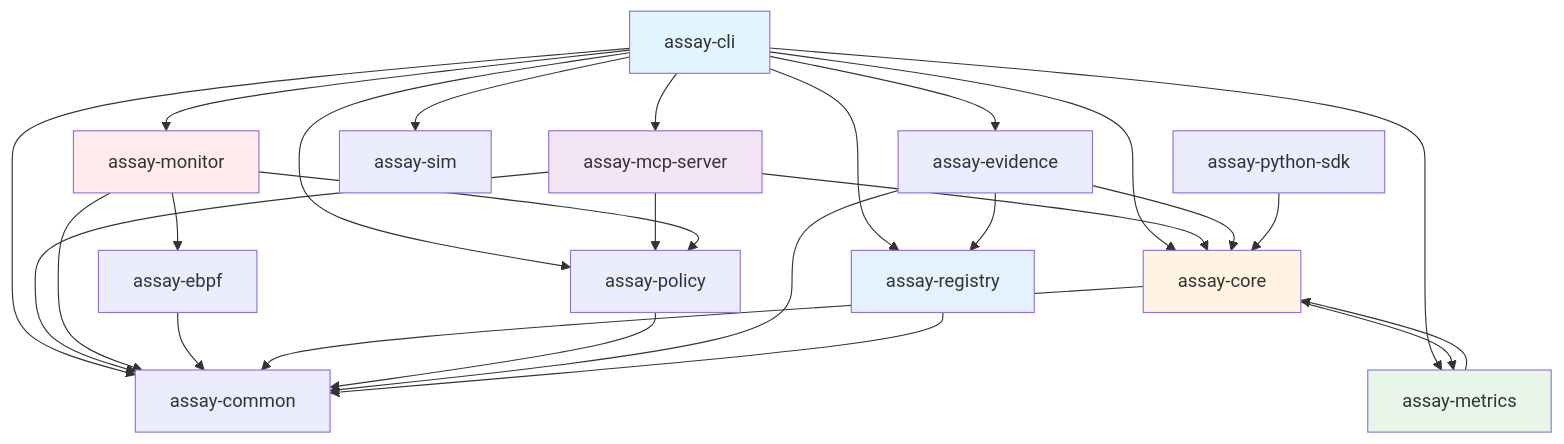
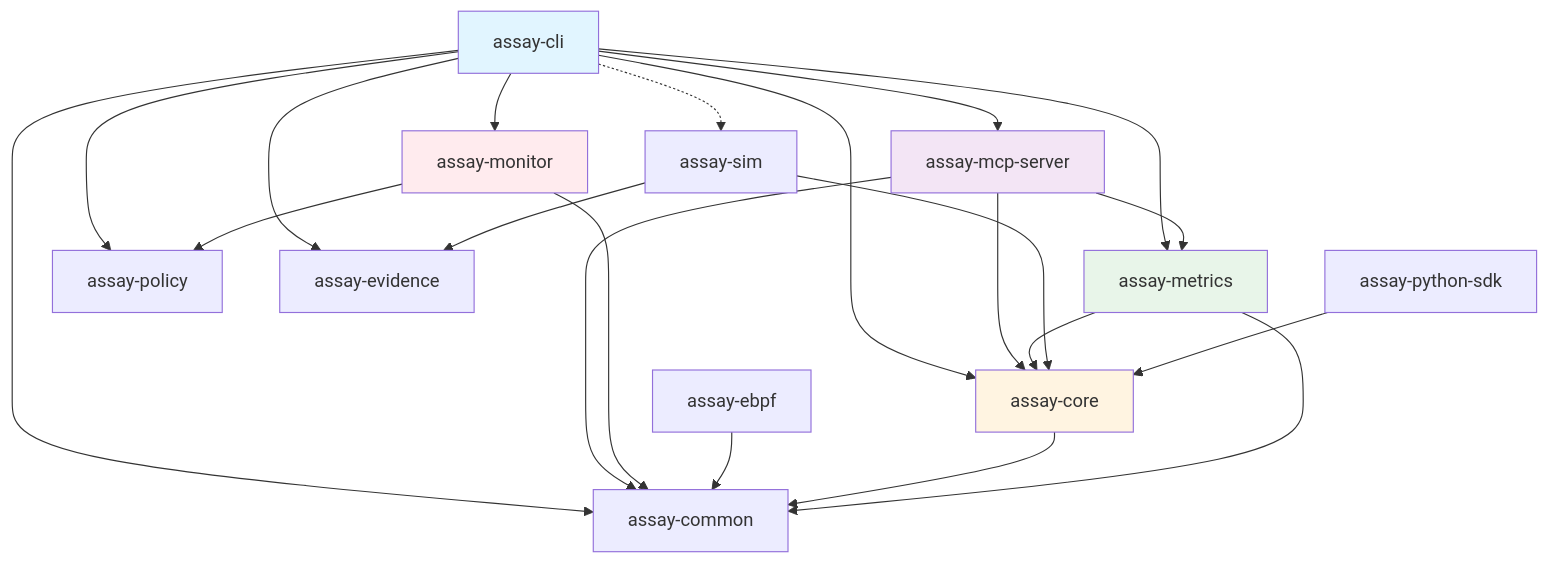
One commit to Rul1an/assay changed the first of 4 diagrams in docs/AIcontext/interdependencies.md. Above: the diagram before and after it, drawn with Mermaid. The commit also changed other lines of this file and 10 other files, not shown here.

First line of the commit message:
docs: Fix 15 defects in AIcontext docs — dep graph, versions, exit codes, replay status

````diff
--- a/docs/AIcontext/interdependencies.md
+++ b/docs/AIcontext/interdependencies.md
@@ -7,44 +7,36 @@
 ```mermaid
 graph TD
     cli[assay-cli] --> core[assay-core]
     cli --> metrics[assay-metrics]
     cli --> monitor[assay-monitor]
     cli --> policy[assay-policy]
     cli --> evidence[assay-evidence]
     cli --> mcpServer[assay-mcp-server]
     cli --> common[assay-common]
-    cli --> sim[assay-sim]
-    cli --> registry[assay-registry]
+    cli -.-> sim[assay-sim]
 
     mcpServer --> core
-    mcpServer --> policy
     mcpServer --> common
+    mcpServer --> metrics
 
+    monitor --> common
     monitor --> policy
-    monitor --> common
-    monitor --> ebpf[assay-ebpf]
 
-    ebpf --> common
+    ebpf[assay-ebpf] --> common
 
     core --> common
-    core --> metrics
 
     metrics --> core
+    metrics --> common
 
-    policy --> common
-
-    evidence --> core
-    evidence --> common
-    evidence --> registry
-
-    registry --> common
+    sim --> core
+    sim --> evidence
 
     pySdk[assay-python-sdk] --> core
 
     style cli fill:#e1f5ff
     style core fill:#fff4e1
     style metrics fill:#e8f5e9
     style mcpServer fill:#f3e5f5
     style monitor fill:#ffebee
-    style registry fill:#e3f2fd
 ```
````
